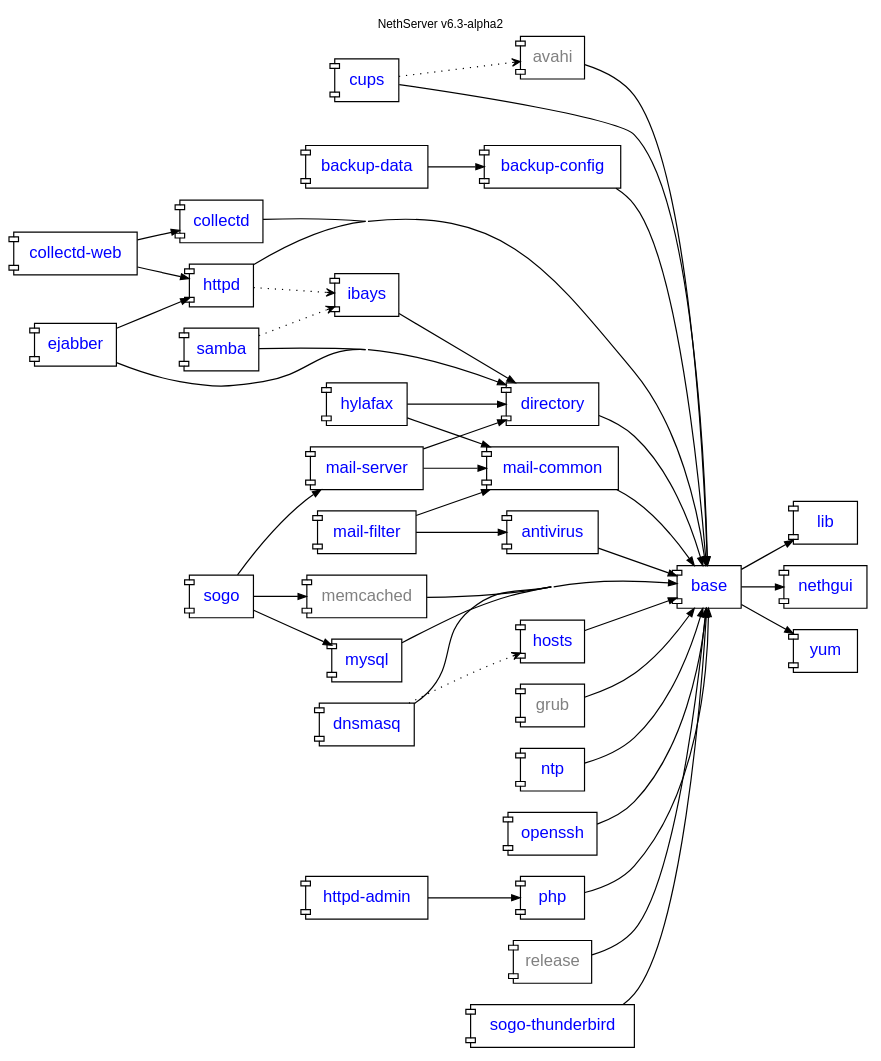
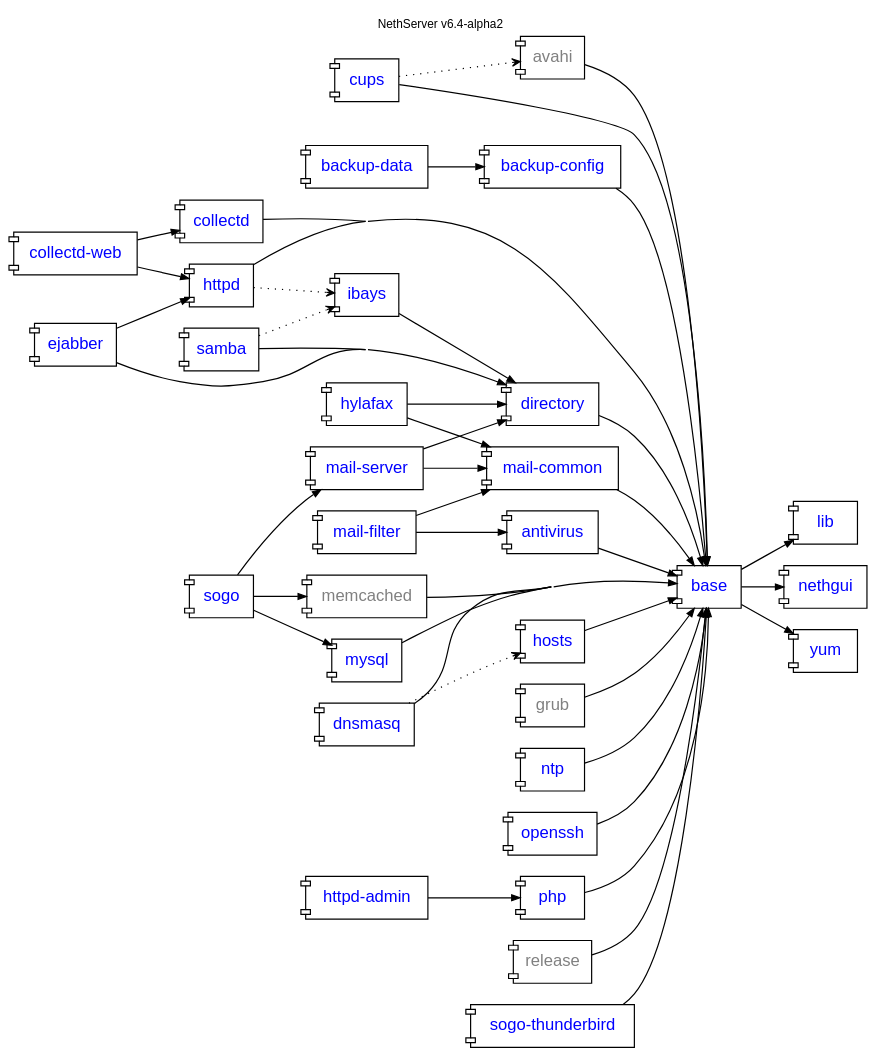
The diagram in nethserver/package-dependencies.dot (nethesis/dev-nethesis-it), drawn with Graphviz before and after one commit. The commit also changed 1 other file, not shown here.

Commit message:
Release 6.4-alpha2

```diff
--- a/nethserver/package-dependencies.dot
+++ b/nethserver/package-dependencies.dot
@@ -1,85 +1,85 @@
-digraph "v6.3-alpha2" {
-    rankdir = "LR"; compound = true; concentrate = true; fontname = "Helvetica"; fontnames="svg"; fontsize=10.0; label="NethServer v6.3-alpha2"; labelloc = "t"
+digraph "v6.4-alpha2" {
+    rankdir = "LR"; compound = true; concentrate = true; fontname = "Helvetica"; fontnames="svg"; fontsize=10.0; label="NethServer v6.4-alpha2"; labelloc = "t"
 
     node [shape="component",fontname="Helvetica"];
     edge [arrowsize=0.7];
 
     antivirus [fontcolor=blue,URL="http://dev.nethesis.it/projects/nethserver/wiki/nethserver-antivirus"];
     avahi [fontcolor=gray];
     backup_config [label="backup-config",fontcolor=blue,URL="http://dev.nethesis.it/projects/nethserver/wiki/nethserver-backup"];
     backup_data [label="backup-data",fontcolor=blue,URL="http://dev.nethesis.it/projects/nethserver/wiki/nethserver-backup"];   
     base [fontcolor=blue,URL="http://dev.nethesis.it/projects/nethserver/wiki/nethserver-base"];
     collectd [fontcolor=blue,URL="http://dev.nethesis.it/projects/nethserver/wiki/nethserver-collectd"];
     collectd_web [label="collectd-web",fontcolor=blue,URL="http://dev.nethesis.it/projects/nethserver/wiki/nethserver-collectd-web"];
     cups [fontcolor=blue,URL="http://dev.nethesis.it/projects/nethserver-cups/wiki/nethserver-cups"];
     directory [fontcolor=blue,URL="http://dev.nethesis.it/projects/nethserver/wiki/nethserver-directory"];
     dnsmasq [fontcolor=blue,URL="http://dev.nethesis.it/projects/nethserver/wiki/nethserver-dnsmasq"];
     ejabber [fontcolor=blue,URL="http://dev.nethesis.it/projects/nethserver-ejabberd/wiki/nethserver-ejabberd"];
     grub [fontcolor=gray];
     hosts [fontcolor=blue,URL="http://dev.nethesis.it/projects/nethserver/wiki/nethserver-hosts"];
     httpd_admin [fontcolor=blue,label="httpd-admin",URL="http://dev.nethesis.it/projects/nethserver/wiki/nethserver-httpd-admin"];
     httpd [fontcolor=blue,URL="http://dev.nethesis.it/projects/nethserver/wiki/nethserver-httpd"];
     hylafax [fontcolor=blue,URL="http://dev.nethesis.it/projects/nethserver-hylafax/wiki/nethserver-hylafax"];
     ibays [fontcolor=blue,URL="http://dev.nethesis.it/projects/nethserver/wiki/nethserver-ibays"];
     lib [fontcolor=blue,URL="http://dev.nethesis.it/projects/nethserver/wiki/nethserver-lib"];
     mail_common [label="mail-common",fontcolor=blue,URL="http://dev.nethesis.it/projects/nethserver/wiki/nethserver-mail-common"];
     mail_filter [label="mail-filter",fontcolor=blue,URL="http://dev.nethesis.it/projects/nethserver/wiki/nethserver-mail-filter"];
     mail_server [label="mail-server",fontcolor=blue,URL="http://dev.nethesis.it/projects/nethserver/wiki/nethserver-mail-server"];
     memcached [fontcolor=gray];
     mysql [fontcolor=blue,URL="http://dev.nethesis.it/projects/nethserver/wiki/nethserver-mysql"];
     nethgui [fontcolor=blue,URL="http://dev.nethesis.it/projects/nethgui"];
     ntp [fontcolor=blue,URL="http://dev.nethesis.it/projects/nethserver/wiki/nethserver-ntp"];
     openssh [fontcolor=blue,URL="http://dev.nethesis.it/projects/nethserver/wiki/nethserver-openssh"];
     php [fontcolor=blue,URL="http://dev.nethesis.it/projects/nethserver/wiki/nethserver-php"];
     release [fontcolor=gray];
     samba [fontcolor=blue,URL="http://dev.nethesis.it/projects/nethserver/wiki/nethserver-samba"];
     sogo [fontcolor=blue,URL="https://dev.nethesis.it/projects/nethserver/wiki/nethserver-sogo"];
     sogo_thunderbird [label="sogo-thunderbird",fontcolor=blue,URL="https://dev.nethesis.it/projects/nethserver/wiki/nethserver-sogo-thunderbird"];
     yum [fontcolor=blue,URL="http://dev.nethesis.it/projects/nethserver/wiki/nethserver-yum"];
 		 
    
     
     base -> lib
     base -> nethgui
     openssh -> base
     directory -> base
     samba -> directory
     ibays -> directory
     httpd -> base
     httpd -> ibays [style=dotted,arrowhead=vee];
     dnsmasq -> hosts [style=dotted,arrowhead=vee];
     dnsmasq -> base
     hosts -> base
     httpd_admin -> php
     samba -> ibays [style=dotted,arrowhead=vee];
     base -> yum
     ntp -> base
     php -> base
     mail_server -> directory
     mail_server -> mail_common
     mail_filter -> mail_common
     mail_filter -> antivirus
     mail_common -> base
     antivirus -> base
     release -> base
     grub -> base
     cups -> base
     avahi -> base
     cups -> avahi [style=dotted,arrowhead=vee];
     ejabber -> directory
     ejabber -> httpd
     mysql -> base
     hylafax -> directory
     hylafax -> mail_common
     sogo -> memcached
     sogo -> mail_server
     sogo -> mysql
     sogo_thunderbird -> base
     memcached -> base
     collectd -> base
     collectd_web -> collectd
     collectd_web -> httpd
     backup_config -> base
     backup_data -> backup_config
 
 }
```
